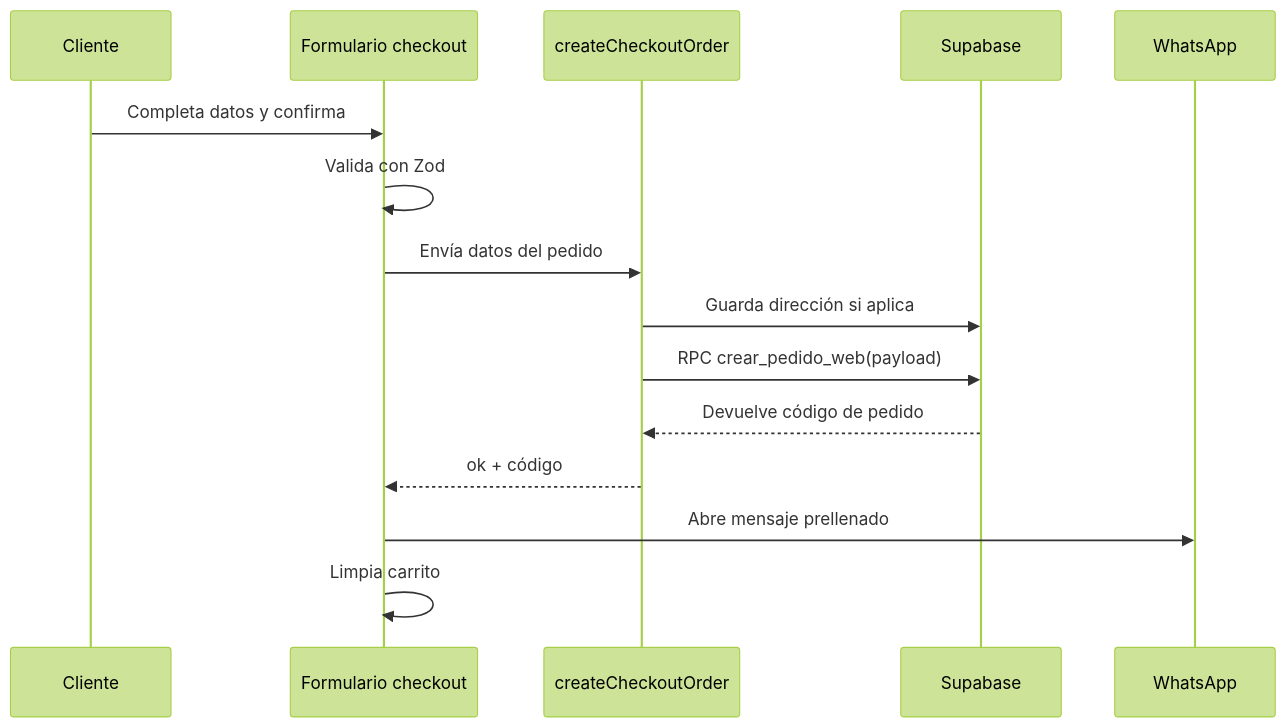
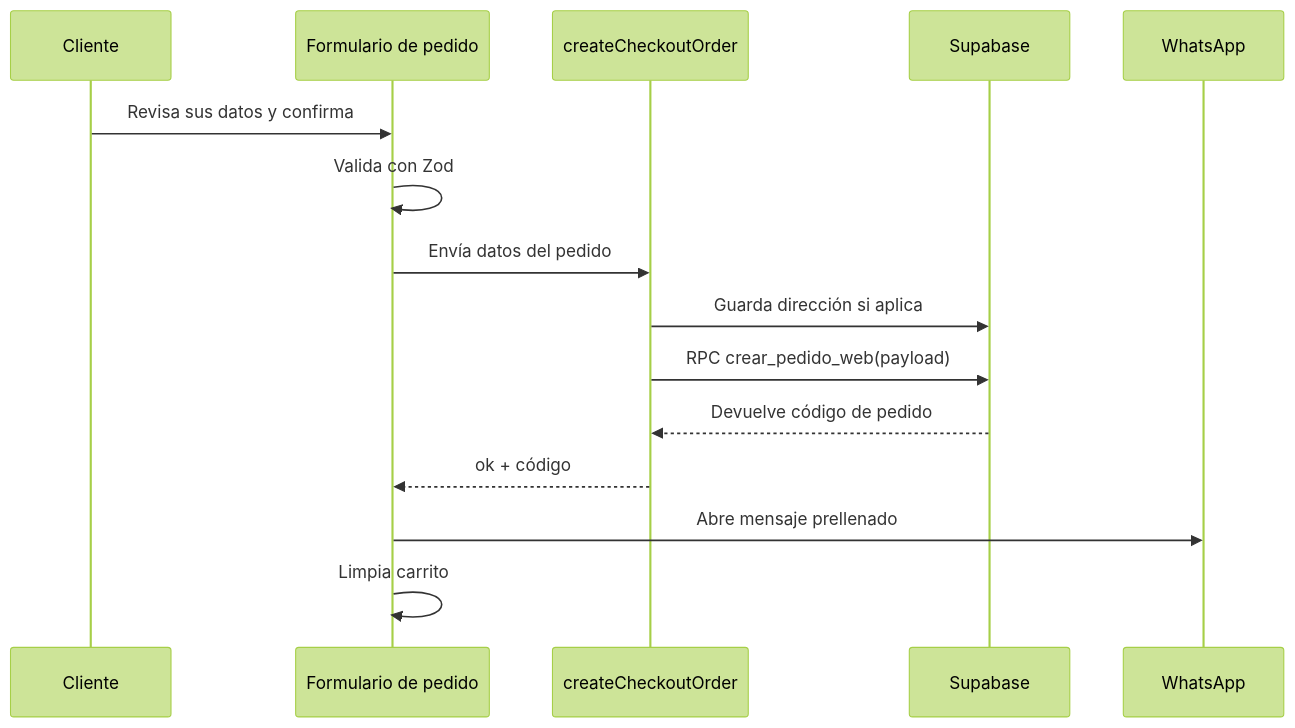
The fifth of 9 diagrams in docs/Documentación.md (deylleranchundiaalcivar34-stack/pesca-con-fe), drawn with Mermaid (forest theme) before and after one commit. The commit also changed other lines of this file and 34 other files, not shown here.

````diff
--- a/docs/Documentación.md
+++ b/docs/Documentación.md
@@ -640,18 +653,18 @@
 ```mermaid
 sequenceDiagram
   participant Cliente
-  participant Checkout as Formulario checkout
+  participant Checkout as Formulario de pedido
   participant Action as createCheckoutOrder
   participant DB as Supabase
   participant WA as WhatsApp
 
-  Cliente->>Checkout: Completa datos y confirma
+  Cliente->>Checkout: Revisa sus datos y confirma
   Checkout->>Checkout: Valida con Zod
   Checkout->>Action: Envía datos del pedido
   Action->>DB: Guarda dirección si aplica
   Action->>DB: RPC crear_pedido_web(payload)
   DB-->>Action: Devuelve código de pedido
   Action-->>Checkout: ok + código
   Checkout->>WA: Abre mensaje prellenado
   Checkout->>Checkout: Limpia carrito
 ```
````
